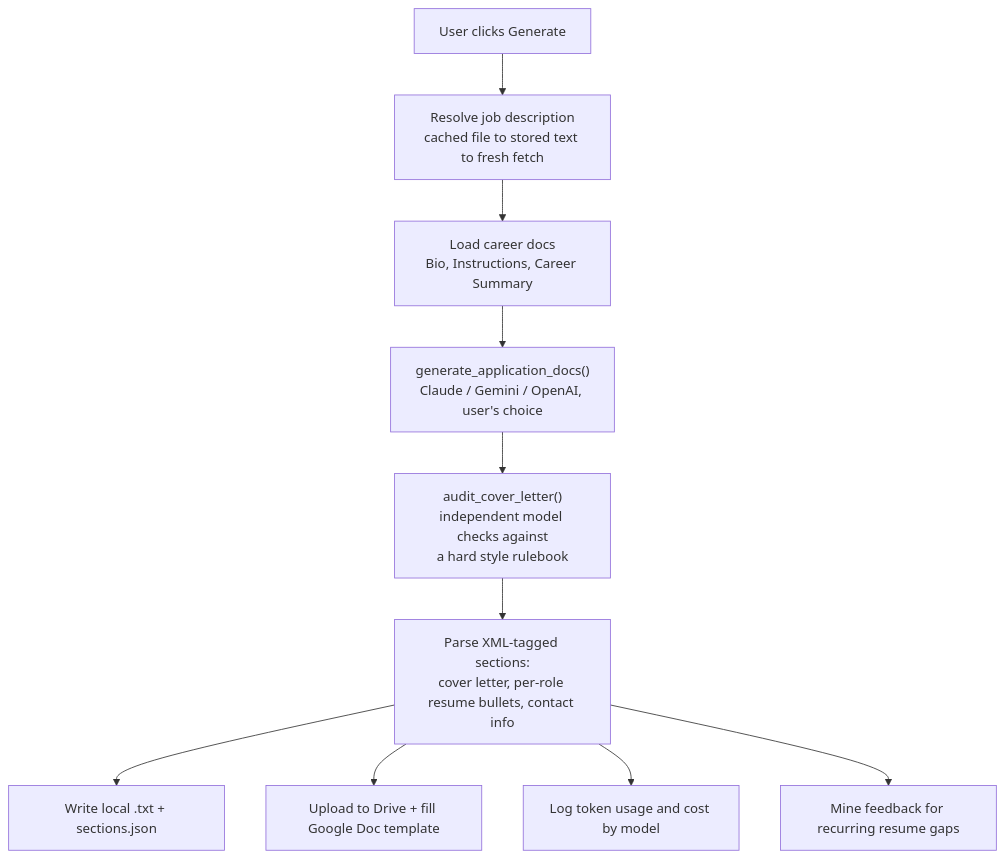
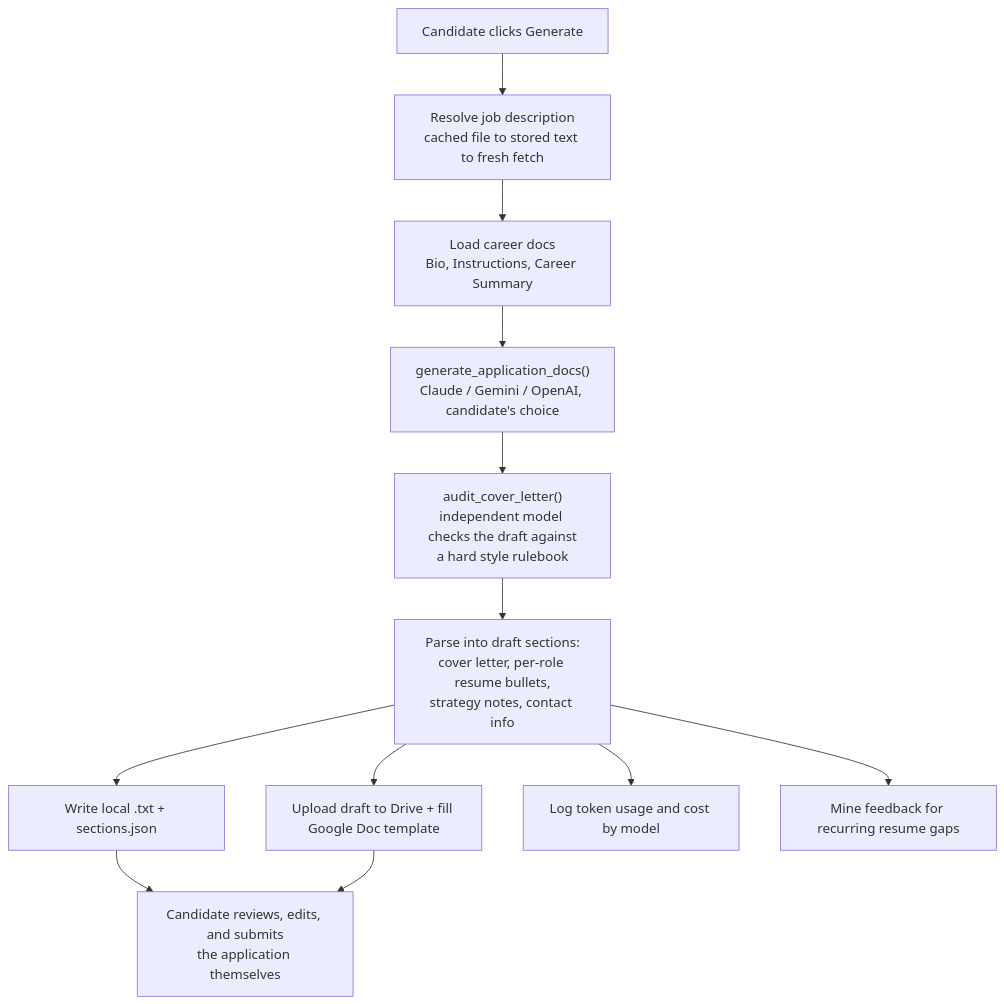
Before and after one commit to 802sweeney/goat-search: the second of 2 diagrams in README.md, drawn with Mermaid. The commit also changed other lines of this file, not shown here.

First line of the commit message:
Clarify README: human-in-the-loop, draft-only, work in progress

````diff
--- a/README.md
+++ b/README.md
@@ -85,12 +94,14 @@
 ```mermaid
 flowchart TD
-    A["User clicks Generate"] --> B["Resolve job description<br/>cached file to stored text to fresh fetch"]
+    A["Candidate clicks Generate"] --> B["Resolve job description<br/>cached file to stored text to fresh fetch"]
     B --> C["Load career docs<br/>Bio, Instructions, Career Summary"]
-    C --> D["generate_application_docs()<br/>Claude / Gemini / OpenAI, user's choice"]
-    D --> E["audit_cover_letter()<br/>independent model checks against<br/>a hard style rulebook"]
-    E --> F["Parse XML-tagged sections:<br/>cover letter, per-role resume bullets, contact info"]
+    C --> D["generate_application_docs()<br/>Claude / Gemini / OpenAI, candidate's choice"]
+    D --> E["audit_cover_letter()<br/>independent model checks the draft against<br/>a hard style rulebook"]
+    E --> F["Parse into draft sections:<br/>cover letter, per-role resume bullets,<br/>strategy notes, contact info"]
     F --> G["Write local .txt + sections.json"]
-    F --> H["Upload to Drive + fill Google Doc template"]
+    F --> H["Upload draft to Drive + fill Google Doc template"]
     F --> I["Log token usage and cost by model"]
     F --> J["Mine feedback for recurring resume gaps"]
+    G --> K["Candidate reviews, edits, and submits<br/>the application themselves"]
+    H --> K
 ```
````
